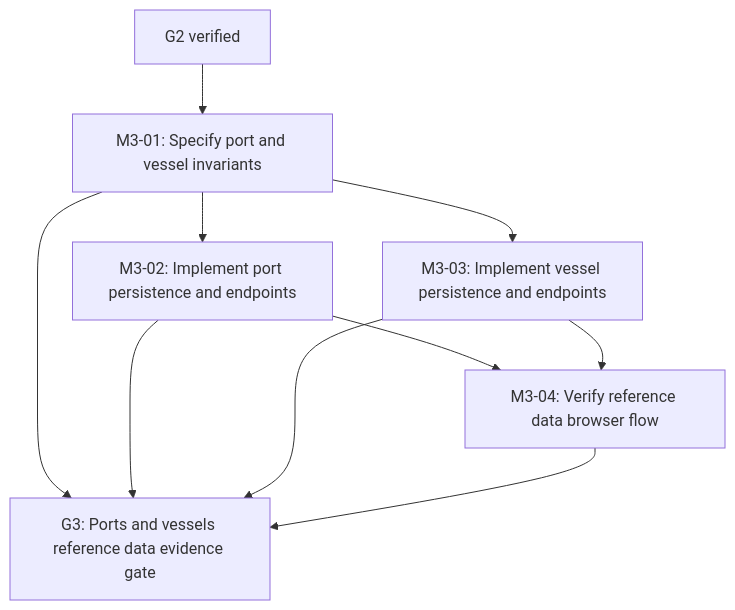
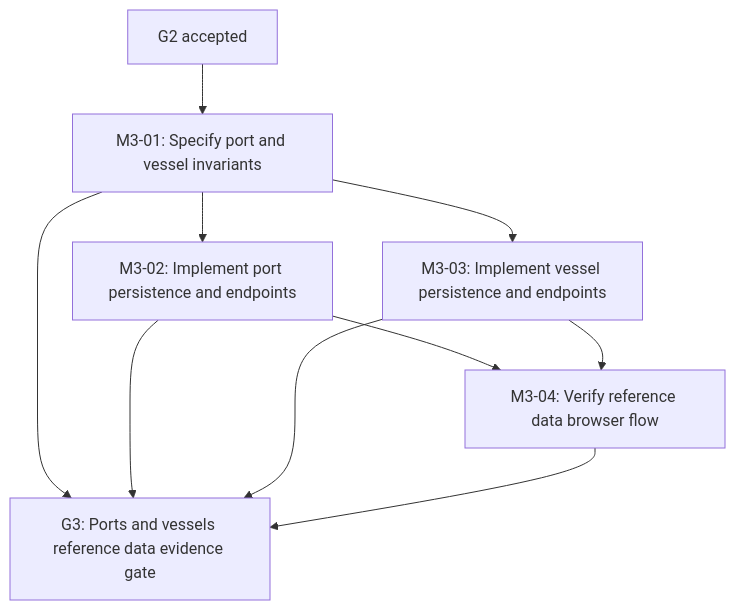
Before and after one commit to ekamal22/HarborOps-Enterprise-Maritime-Logistics-IT-Operations-Platform: diagram 11 of 32 in docs/EXECUTION_GRAPH.md, drawn with Mermaid. The commit also changed other lines of this file and 2 other files, not shown here.

````diff
--- a/docs/EXECUTION_GRAPH.md
+++ b/docs/EXECUTION_GRAPH.md
@@ -230,18 +324,18 @@
 ```mermaid
 flowchart TD
   M3_01["M3-01: Specify port and vessel invariants"]
   M3_02["M3-02: Implement port persistence and endpoints"]
   M3_03["M3-03: Implement vessel persistence and endpoints"]
   M3_04["M3-04: Verify reference data browser flow"]
   G3["G3: Ports and vessels reference data evidence gate"]
-  G2["G2 verified"]
+  G2["G2 accepted"]
   G2 --> M3_01
   M3_01 --> M3_02
   M3_01 --> M3_03
   M3_02 --> M3_04
   M3_03 --> M3_04
   M3_01 --> G3
   M3_02 --> G3
   M3_03 --> G3
   M3_04 --> G3
 ```
````
